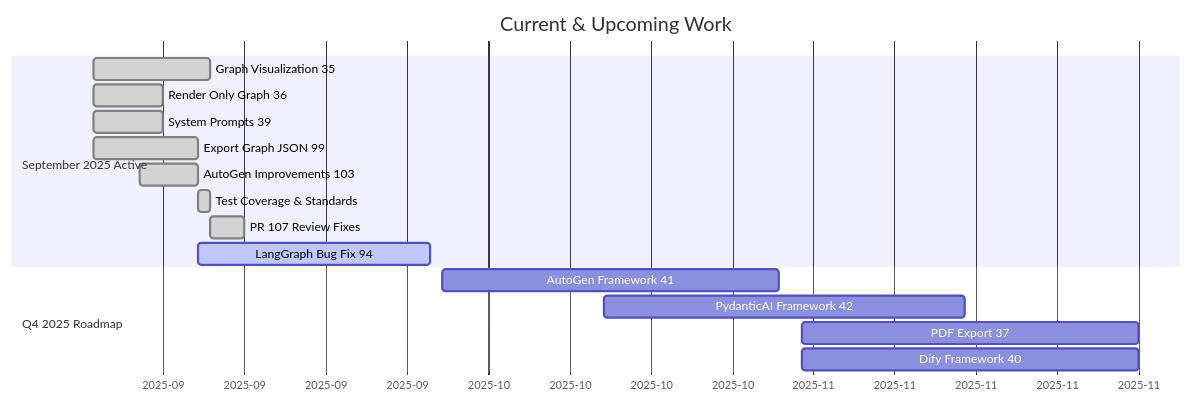
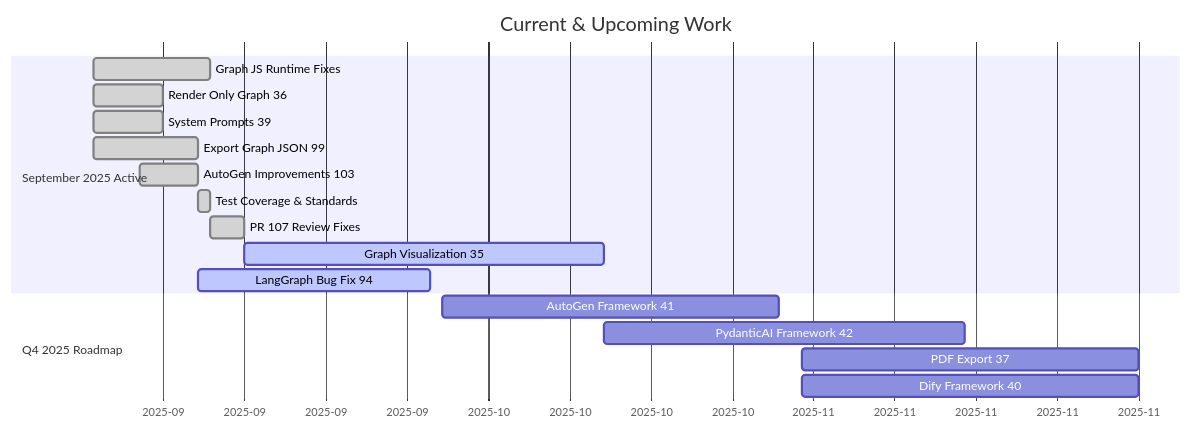
One commit to splx-ai/agentic-radar changed the third of 4 diagrams in docs/project-gantt.md. Above: the diagram before and after it, drawn with Mermaid. The commit also changed other lines of this file, not shown here.

First line of the commit message:
docs: correct project timeline - Issue #35 still in progress

````diff
--- a/docs/project-gantt.md
+++ b/docs/project-gantt.md
@@ -53,22 +53,23 @@
 ```mermaid
 gantt
     title Current & Upcoming Work
     dateFormat YYYY-MM-DD
     axisFormat %Y-%m
     
     section September 2025 Active
-    Graph Visualization 35    :done, graph-viz, 2025-09-01, 2025-09-11
+    Graph JS Runtime Fixes    :done, graph-js-fix, 2025-09-01, 2025-09-11
     Render Only Graph 36      :done, graph-only, 2025-09-01, 2025-09-07
     System Prompts 39         :done, sys-prompts, 2025-09-01, 2025-09-07
     Export Graph JSON 99      :done, export-json, 2025-09-01, 2025-09-10
     AutoGen Improvements 103  :done, autogen-fix, 2025-09-05, 2025-09-10
     Test Coverage & Standards :done, test-coverage, 2025-09-10, 2025-09-11
     PR 107 Review Fixes       :done, pr-107-fixes, 2025-09-11, 2025-09-14
+    Graph Visualization 35    :active, graph-viz, 2025-09-14, 2025-10-15
     LangGraph Bug Fix 94      :active, langgraph-bug, 2025-09-10, 2025-09-30
     
     section Q4 2025 Roadmap
     AutoGen Framework 41      :autogen, 2025-10-01, 2025-10-30
     PydanticAI Framework 42   :pydantic-ai, 2025-10-15, 2025-11-15
     PDF Export 37             :pdf-export, 2025-11-01, 2025-11-30
     Dify Framework 40         :dify, 2025-11-01, 2025-11-30
 ```
````
